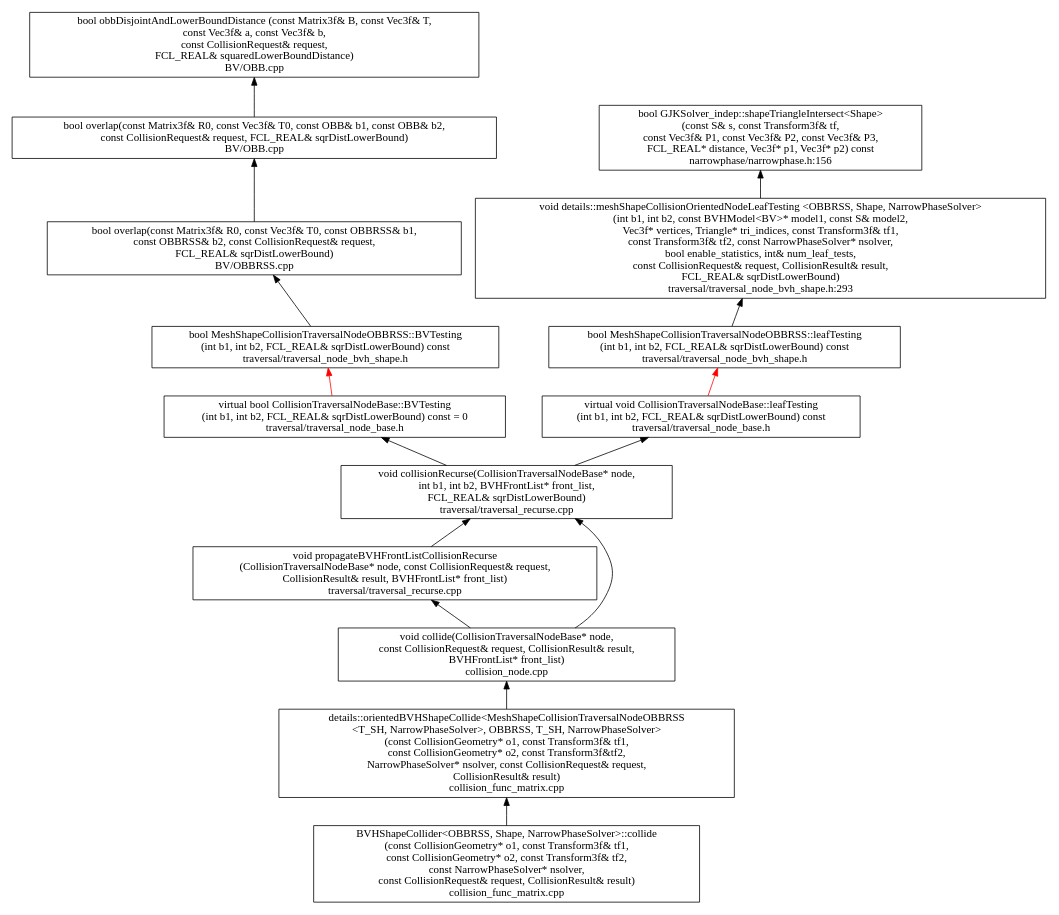
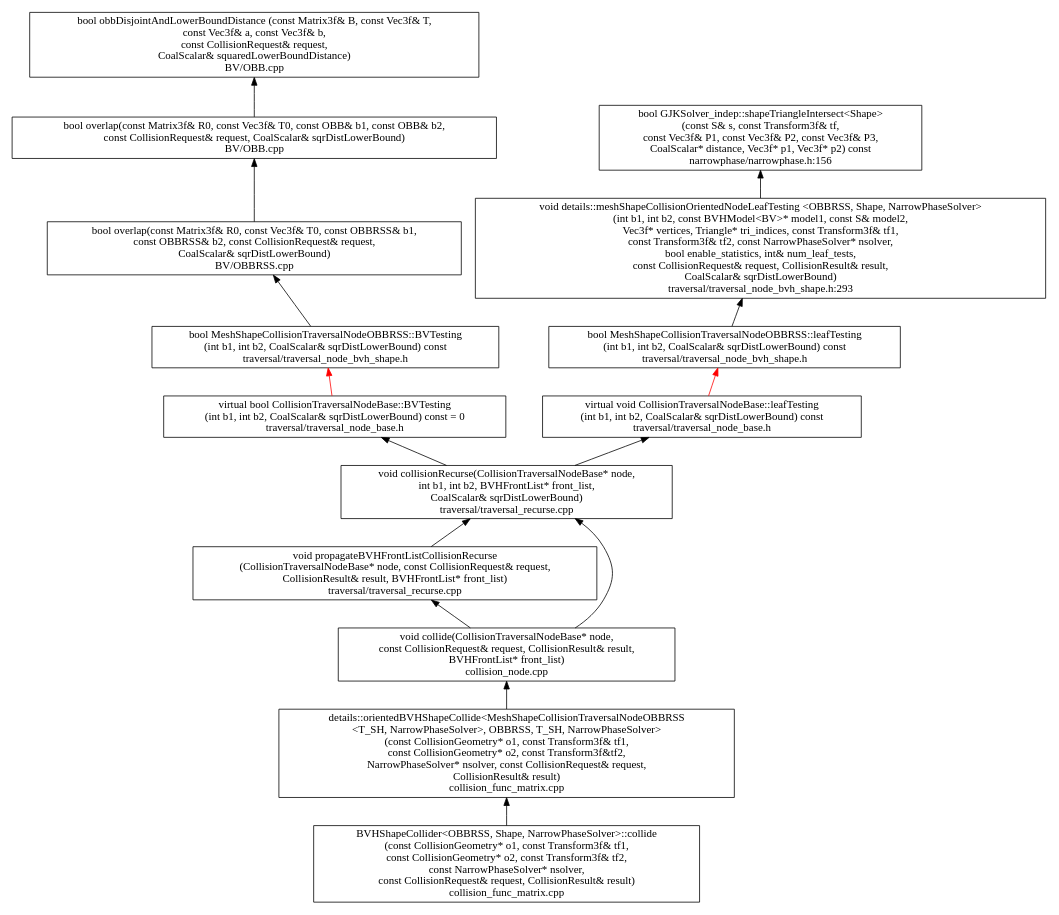
One commit to humanoid-path-planner/hpp-fcl changed the diagram in doc/shape-mesh-collision-call.dot. Above: the diagram before and after it, drawn with Graphviz. The commit also changed 170 other files, not shown here.

Commit message:
all: rename `FCL_REAL` to `CoalScalar`

```diff
--- a/doc/shape-mesh-collision-call.dot
+++ b/doc/shape-mesh-collision-call.dot
@@ -8,29 +8,29 @@
         "details::orientedBVHShapeCollide<MeshShapeCollisionTraversalNodeOBBRSS\n<T_SH, NarrowPhaseSolver>, OBBRSS, T_SH, NarrowPhaseSolver>\n(const CollisionGeometry* o1, const Transform3f& tf1,\nconst CollisionGeometry* o2, const Transform3f&tf2,\nNarrowPhaseSolver* nsolver, const CollisionRequest& request,\nCollisionResult& result)\ncollision_func_matrix.cpp" [shape = box]
         "void collide(CollisionTraversalNodeBase* node,\nconst CollisionRequest& request, CollisionResult& result,\nBVHFrontList* front_list)\ncollision_node.cpp" [shape = box]
         "void propagateBVHFrontListCollisionRecurse\n(CollisionTraversalNodeBase* node, const CollisionRequest& request,\nCollisionResult& result, BVHFrontList* front_list)\ntraversal/traversal_recurse.cpp" [shape = box]
-        "void collisionRecurse(CollisionTraversalNodeBase* node,\nint b1, int b2, BVHFrontList* front_list,\nFCL_REAL& sqrDistLowerBound)\ntraversal/traversal_recurse.cpp" [shape = box]
-        "virtual bool CollisionTraversalNodeBase::BVTesting\n(int b1, int b2, FCL_REAL& sqrDistLowerBound) const = 0\ntraversal/traversal_node_base.h" [shape = box]
-        "virtual void CollisionTraversalNodeBase::leafTesting\n(int b1, int b2, FCL_REAL& sqrDistLowerBound) const\ntraversal/traversal_node_base.h" [shape = box]
-        "bool MeshShapeCollisionTraversalNodeOBBRSS::BVTesting\n(int b1, int b2, FCL_REAL& sqrDistLowerBound) const\ntraversal/traversal_node_bvh_shape.h" [shape = box]
-        "bool MeshShapeCollisionTraversalNodeOBBRSS::leafTesting\n(int b1, int b2, FCL_REAL& sqrDistLowerBound) const\ntraversal/traversal_node_bvh_shape.h" [shape = box]
-        "bool overlap(const Matrix3f& R0, const Vec3f& T0, const OBBRSS& b1,\nconst OBBRSS& b2, const CollisionRequest& request,\nFCL_REAL& sqrDistLowerBound)\nBV/OBBRSS.cpp" [shape = box]
-        "bool overlap(const Matrix3f& R0, const Vec3f& T0, const OBB& b1, const OBB& b2,\nconst CollisionRequest& request, FCL_REAL& sqrDistLowerBound)\nBV/OBB.cpp" [shape = box]
-        "bool obbDisjointAndLowerBoundDistance (const Matrix3f& B, const Vec3f& T,\nconst Vec3f& a, const Vec3f& b,\nconst CollisionRequest& request,\nFCL_REAL& squaredLowerBoundDistance)\nBV/OBB.cpp" [shape = box]
-        "void details::meshShapeCollisionOrientedNodeLeafTesting <OBBRSS, Shape, NarrowPhaseSolver>\n(int b1, int b2, const BVHModel<BV>* model1, const S& model2,\nVec3f* vertices, Triangle* tri_indices, const Transform3f& tf1,\nconst Transform3f& tf2, const NarrowPhaseSolver* nsolver,\nbool enable_statistics, int& num_leaf_tests,\nconst CollisionRequest& request, CollisionResult& result,\nFCL_REAL& sqrDistLowerBound)\ntraversal/traversal_node_bvh_shape.h:293" [shape = box]
-        "bool GJKSolver_indep::shapeTriangleIntersect<Shape>\n(const S& s, const Transform3f& tf,\nconst Vec3f& P1, const Vec3f& P2, const Vec3f& P3,\nFCL_REAL* distance, Vec3f* p1, Vec3f* p2) const\nnarrowphase/narrowphase.h:156" [shape = box]
+        "void collisionRecurse(CollisionTraversalNodeBase* node,\nint b1, int b2, BVHFrontList* front_list,\nCoalScalar& sqrDistLowerBound)\ntraversal/traversal_recurse.cpp" [shape = box]
+        "virtual bool CollisionTraversalNodeBase::BVTesting\n(int b1, int b2, CoalScalar& sqrDistLowerBound) const = 0\ntraversal/traversal_node_base.h" [shape = box]
+        "virtual void CollisionTraversalNodeBase::leafTesting\n(int b1, int b2, CoalScalar& sqrDistLowerBound) const\ntraversal/traversal_node_base.h" [shape = box]
+        "bool MeshShapeCollisionTraversalNodeOBBRSS::BVTesting\n(int b1, int b2, CoalScalar& sqrDistLowerBound) const\ntraversal/traversal_node_bvh_shape.h" [shape = box]
+        "bool MeshShapeCollisionTraversalNodeOBBRSS::leafTesting\n(int b1, int b2, CoalScalar& sqrDistLowerBound) const\ntraversal/traversal_node_bvh_shape.h" [shape = box]
+        "bool overlap(const Matrix3f& R0, const Vec3f& T0, const OBBRSS& b1,\nconst OBBRSS& b2, const CollisionRequest& request,\nCoalScalar& sqrDistLowerBound)\nBV/OBBRSS.cpp" [shape = box]
+        "bool overlap(const Matrix3f& R0, const Vec3f& T0, const OBB& b1, const OBB& b2,\nconst CollisionRequest& request, CoalScalar& sqrDistLowerBound)\nBV/OBB.cpp" [shape = box]
+        "bool obbDisjointAndLowerBoundDistance (const Matrix3f& B, const Vec3f& T,\nconst Vec3f& a, const Vec3f& b,\nconst CollisionRequest& request,\nCoalScalar& squaredLowerBoundDistance)\nBV/OBB.cpp" [shape = box]
+        "void details::meshShapeCollisionOrientedNodeLeafTesting <OBBRSS, Shape, NarrowPhaseSolver>\n(int b1, int b2, const BVHModel<BV>* model1, const S& model2,\nVec3f* vertices, Triangle* tri_indices, const Transform3f& tf1,\nconst Transform3f& tf2, const NarrowPhaseSolver* nsolver,\nbool enable_statistics, int& num_leaf_tests,\nconst CollisionRequest& request, CollisionResult& result,\nCoalScalar& sqrDistLowerBound)\ntraversal/traversal_node_bvh_shape.h:293" [shape = box]
+        "bool GJKSolver_indep::shapeTriangleIntersect<Shape>\n(const S& s, const Transform3f& tf,\nconst Vec3f& P1, const Vec3f& P2, const Vec3f& P3,\nCoalScalar* distance, Vec3f* p1, Vec3f* p2) const\nnarrowphase/narrowphase.h:156" [shape = box]
 
         "BVHShapeCollider<OBBRSS, Shape, NarrowPhaseSolver>::collide\n(const CollisionGeometry* o1, const Transform3f& tf1,\nconst CollisionGeometry* o2, const Transform3f& tf2,\nconst NarrowPhaseSolver* nsolver,\nconst CollisionRequest& request, CollisionResult& result)\ncollision_func_matrix.cpp" -> "details::orientedBVHShapeCollide<MeshShapeCollisionTraversalNodeOBBRSS\n<T_SH, NarrowPhaseSolver>, OBBRSS, T_SH, NarrowPhaseSolver>\n(const CollisionGeometry* o1, const Transform3f& tf1,\nconst CollisionGeometry* o2, const Transform3f&tf2,\nNarrowPhaseSolver* nsolver, const CollisionRequest& request,\nCollisionResult& result)\ncollision_func_matrix.cpp"
         "details::orientedBVHShapeCollide<MeshShapeCollisionTraversalNodeOBBRSS\n<T_SH, NarrowPhaseSolver>, OBBRSS, T_SH, NarrowPhaseSolver>\n(const CollisionGeometry* o1, const Transform3f& tf1,\nconst CollisionGeometry* o2, const Transform3f&tf2,\nNarrowPhaseSolver* nsolver, const CollisionRequest& request,\nCollisionResult& result)\ncollision_func_matrix.cpp" -> "void collide(CollisionTraversalNodeBase* node,\nconst CollisionRequest& request, CollisionResult& result,\nBVHFrontList* front_list)\ncollision_node.cpp"
         "void collide(CollisionTraversalNodeBase* node,\nconst CollisionRequest& request, CollisionResult& result,\nBVHFrontList* front_list)\ncollision_node.cpp" -> "void propagateBVHFrontListCollisionRecurse\n(CollisionTraversalNodeBase* node, const CollisionRequest& request,\nCollisionResult& result, BVHFrontList* front_list)\ntraversal/traversal_recurse.cpp"
-        "void collide(CollisionTraversalNodeBase* node,\nconst CollisionRequest& request, CollisionResult& result,\nBVHFrontList* front_list)\ncollision_node.cpp" -> "void collisionRecurse(CollisionTraversalNodeBase* node,\nint b1, int b2, BVHFrontList* front_list,\nFCL_REAL& sqrDistLowerBound)\ntraversal/traversal_recurse.cpp"
-        "void propagateBVHFrontListCollisionRecurse\n(CollisionTraversalNodeBase* node, const CollisionRequest& request,\nCollisionResult& result, BVHFrontList* front_list)\ntraversal/traversal_recurse.cpp" -> "void collisionRecurse(CollisionTraversalNodeBase* node,\nint b1, int b2, BVHFrontList* front_list,\nFCL_REAL& sqrDistLowerBound)\ntraversal/traversal_recurse.cpp"
-        "void collisionRecurse(CollisionTraversalNodeBase* node,\nint b1, int b2, BVHFrontList* front_list,\nFCL_REAL& sqrDistLowerBound)\ntraversal/traversal_recurse.cpp" -> "virtual bool CollisionTraversalNodeBase::BVTesting\n(int b1, int b2, FCL_REAL& sqrDistLowerBound) const = 0\ntraversal/traversal_node_base.h"
-        "void collisionRecurse(CollisionTraversalNodeBase* node,\nint b1, int b2, BVHFrontList* front_list,\nFCL_REAL& sqrDistLowerBound)\ntraversal/traversal_recurse.cpp" -> "virtual void CollisionTraversalNodeBase::leafTesting\n(int b1, int b2, FCL_REAL& sqrDistLowerBound) const\ntraversal/traversal_node_base.h"
-        "virtual bool CollisionTraversalNodeBase::BVTesting\n(int b1, int b2, FCL_REAL& sqrDistLowerBound) const = 0\ntraversal/traversal_node_base.h" -> "bool MeshShapeCollisionTraversalNodeOBBRSS::BVTesting\n(int b1, int b2, FCL_REAL& sqrDistLowerBound) const\ntraversal/traversal_node_bvh_shape.h" [color=red]
-        "virtual void CollisionTraversalNodeBase::leafTesting\n(int b1, int b2, FCL_REAL& sqrDistLowerBound) const\ntraversal/traversal_node_base.h" -> "bool MeshShapeCollisionTraversalNodeOBBRSS::leafTesting\n(int b1, int b2, FCL_REAL& sqrDistLowerBound) const\ntraversal/traversal_node_bvh_shape.h" [color = red]
-        "bool MeshShapeCollisionTraversalNodeOBBRSS::BVTesting\n(int b1, int b2, FCL_REAL& sqrDistLowerBound) const\ntraversal/traversal_node_bvh_shape.h" -> "bool overlap(const Matrix3f& R0, const Vec3f& T0, const OBBRSS& b1,\nconst OBBRSS& b2, const CollisionRequest& request,\nFCL_REAL& sqrDistLowerBound)\nBV/OBBRSS.cpp"
-        "bool overlap(const Matrix3f& R0, const Vec3f& T0, const OBBRSS& b1,\nconst OBBRSS& b2, const CollisionRequest& request,\nFCL_REAL& sqrDistLowerBound)\nBV/OBBRSS.cpp" -> "bool overlap(const Matrix3f& R0, const Vec3f& T0, const OBB& b1, const OBB& b2,\nconst CollisionRequest& request, FCL_REAL& sqrDistLowerBound)\nBV/OBB.cpp"
-        "bool overlap(const Matrix3f& R0, const Vec3f& T0, const OBB& b1, const OBB& b2,\nconst CollisionRequest& request, FCL_REAL& sqrDistLowerBound)\nBV/OBB.cpp" -> "bool obbDisjointAndLowerBoundDistance (const Matrix3f& B, const Vec3f& T,\nconst Vec3f& a, const Vec3f& b,\nconst CollisionRequest& request,\nFCL_REAL& squaredLowerBoundDistance)\nBV/OBB.cpp"
-        "bool MeshShapeCollisionTraversalNodeOBBRSS::leafTesting\n(int b1, int b2, FCL_REAL& sqrDistLowerBound) const\ntraversal/traversal_node_bvh_shape.h" -> "void details::meshShapeCollisionOrientedNodeLeafTesting <OBBRSS, Shape, NarrowPhaseSolver>\n(int b1, int b2, const BVHModel<BV>* model1, const S& model2,\nVec3f* vertices, Triangle* tri_indices, const Transform3f& tf1,\nconst Transform3f& tf2, const NarrowPhaseSolver* nsolver,\nbool enable_statistics, int& num_leaf_tests,\nconst CollisionRequest& request, CollisionResult& result,\nFCL_REAL& sqrDistLowerBound)\ntraversal/traversal_node_bvh_shape.h:293"
-        "void details::meshShapeCollisionOrientedNodeLeafTesting <OBBRSS, Shape, NarrowPhaseSolver>\n(int b1, int b2, const BVHModel<BV>* model1, const S& model2,\nVec3f* vertices, Triangle* tri_indices, const Transform3f& tf1,\nconst Transform3f& tf2, const NarrowPhaseSolver* nsolver,\nbool enable_statistics, int& num_leaf_tests,\nconst CollisionRequest& request, CollisionResult& result,\nFCL_REAL& sqrDistLowerBound)\ntraversal/traversal_node_bvh_shape.h:293" -> "bool GJKSolver_indep::shapeTriangleIntersect<Shape>\n(const S& s, const Transform3f& tf,\nconst Vec3f& P1, const Vec3f& P2, const Vec3f& P3,\nFCL_REAL* distance, Vec3f* p1, Vec3f* p2) const\nnarrowphase/narrowphase.h:156"
+        "void collide(CollisionTraversalNodeBase* node,\nconst CollisionRequest& request, CollisionResult& result,\nBVHFrontList* front_list)\ncollision_node.cpp" -> "void collisionRecurse(CollisionTraversalNodeBase* node,\nint b1, int b2, BVHFrontList* front_list,\nCoalScalar& sqrDistLowerBound)\ntraversal/traversal_recurse.cpp"
+        "void propagateBVHFrontListCollisionRecurse\n(CollisionTraversalNodeBase* node, const CollisionRequest& request,\nCollisionResult& result, BVHFrontList* front_list)\ntraversal/traversal_recurse.cpp" -> "void collisionRecurse(CollisionTraversalNodeBase* node,\nint b1, int b2, BVHFrontList* front_list,\nCoalScalar& sqrDistLowerBound)\ntraversal/traversal_recurse.cpp"
+        "void collisionRecurse(CollisionTraversalNodeBase* node,\nint b1, int b2, BVHFrontList* front_list,\nCoalScalar& sqrDistLowerBound)\ntraversal/traversal_recurse.cpp" -> "virtual bool CollisionTraversalNodeBase::BVTesting\n(int b1, int b2, CoalScalar& sqrDistLowerBound) const = 0\ntraversal/traversal_node_base.h"
+        "void collisionRecurse(CollisionTraversalNodeBase* node,\nint b1, int b2, BVHFrontList* front_list,\nCoalScalar& sqrDistLowerBound)\ntraversal/traversal_recurse.cpp" -> "virtual void CollisionTraversalNodeBase::leafTesting\n(int b1, int b2, CoalScalar& sqrDistLowerBound) const\ntraversal/traversal_node_base.h"
+        "virtual bool CollisionTraversalNodeBase::BVTesting\n(int b1, int b2, CoalScalar& sqrDistLowerBound) const = 0\ntraversal/traversal_node_base.h" -> "bool MeshShapeCollisionTraversalNodeOBBRSS::BVTesting\n(int b1, int b2, CoalScalar& sqrDistLowerBound) const\ntraversal/traversal_node_bvh_shape.h" [color=red]
+        "virtual void CollisionTraversalNodeBase::leafTesting\n(int b1, int b2, CoalScalar& sqrDistLowerBound) const\ntraversal/traversal_node_base.h" -> "bool MeshShapeCollisionTraversalNodeOBBRSS::leafTesting\n(int b1, int b2, CoalScalar& sqrDistLowerBound) const\ntraversal/traversal_node_bvh_shape.h" [color = red]
+        "bool MeshShapeCollisionTraversalNodeOBBRSS::BVTesting\n(int b1, int b2, CoalScalar& sqrDistLowerBound) const\ntraversal/traversal_node_bvh_shape.h" -> "bool overlap(const Matrix3f& R0, const Vec3f& T0, const OBBRSS& b1,\nconst OBBRSS& b2, const CollisionRequest& request,\nCoalScalar& sqrDistLowerBound)\nBV/OBBRSS.cpp"
+        "bool overlap(const Matrix3f& R0, const Vec3f& T0, const OBBRSS& b1,\nconst OBBRSS& b2, const CollisionRequest& request,\nCoalScalar& sqrDistLowerBound)\nBV/OBBRSS.cpp" -> "bool overlap(const Matrix3f& R0, const Vec3f& T0, const OBB& b1, const OBB& b2,\nconst CollisionRequest& request, CoalScalar& sqrDistLowerBound)\nBV/OBB.cpp"
+        "bool overlap(const Matrix3f& R0, const Vec3f& T0, const OBB& b1, const OBB& b2,\nconst CollisionRequest& request, CoalScalar& sqrDistLowerBound)\nBV/OBB.cpp" -> "bool obbDisjointAndLowerBoundDistance (const Matrix3f& B, const Vec3f& T,\nconst Vec3f& a, const Vec3f& b,\nconst CollisionRequest& request,\nCoalScalar& squaredLowerBoundDistance)\nBV/OBB.cpp"
+        "bool MeshShapeCollisionTraversalNodeOBBRSS::leafTesting\n(int b1, int b2, CoalScalar& sqrDistLowerBound) const\ntraversal/traversal_node_bvh_shape.h" -> "void details::meshShapeCollisionOrientedNodeLeafTesting <OBBRSS, Shape, NarrowPhaseSolver>\n(int b1, int b2, const BVHModel<BV>* model1, const S& model2,\nVec3f* vertices, Triangle* tri_indices, const Transform3f& tf1,\nconst Transform3f& tf2, const NarrowPhaseSolver* nsolver,\nbool enable_statistics, int& num_leaf_tests,\nconst CollisionRequest& request, CollisionResult& result,\nCoalScalar& sqrDistLowerBound)\ntraversal/traversal_node_bvh_shape.h:293"
+        "void details::meshShapeCollisionOrientedNodeLeafTesting <OBBRSS, Shape, NarrowPhaseSolver>\n(int b1, int b2, const BVHModel<BV>* model1, const S& model2,\nVec3f* vertices, Triangle* tri_indices, const Transform3f& tf1,\nconst Transform3f& tf2, const NarrowPhaseSolver* nsolver,\nbool enable_statistics, int& num_leaf_tests,\nconst CollisionRequest& request, CollisionResult& result,\nCoalScalar& sqrDistLowerBound)\ntraversal/traversal_node_bvh_shape.h:293" -> "bool GJKSolver_indep::shapeTriangleIntersect<Shape>\n(const S& s, const Transform3f& tf,\nconst Vec3f& P1, const Vec3f& P2, const Vec3f& P3,\nCoalScalar* distance, Vec3f* p1, Vec3f* p2) const\nnarrowphase/narrowphase.h:156"
 }
```
